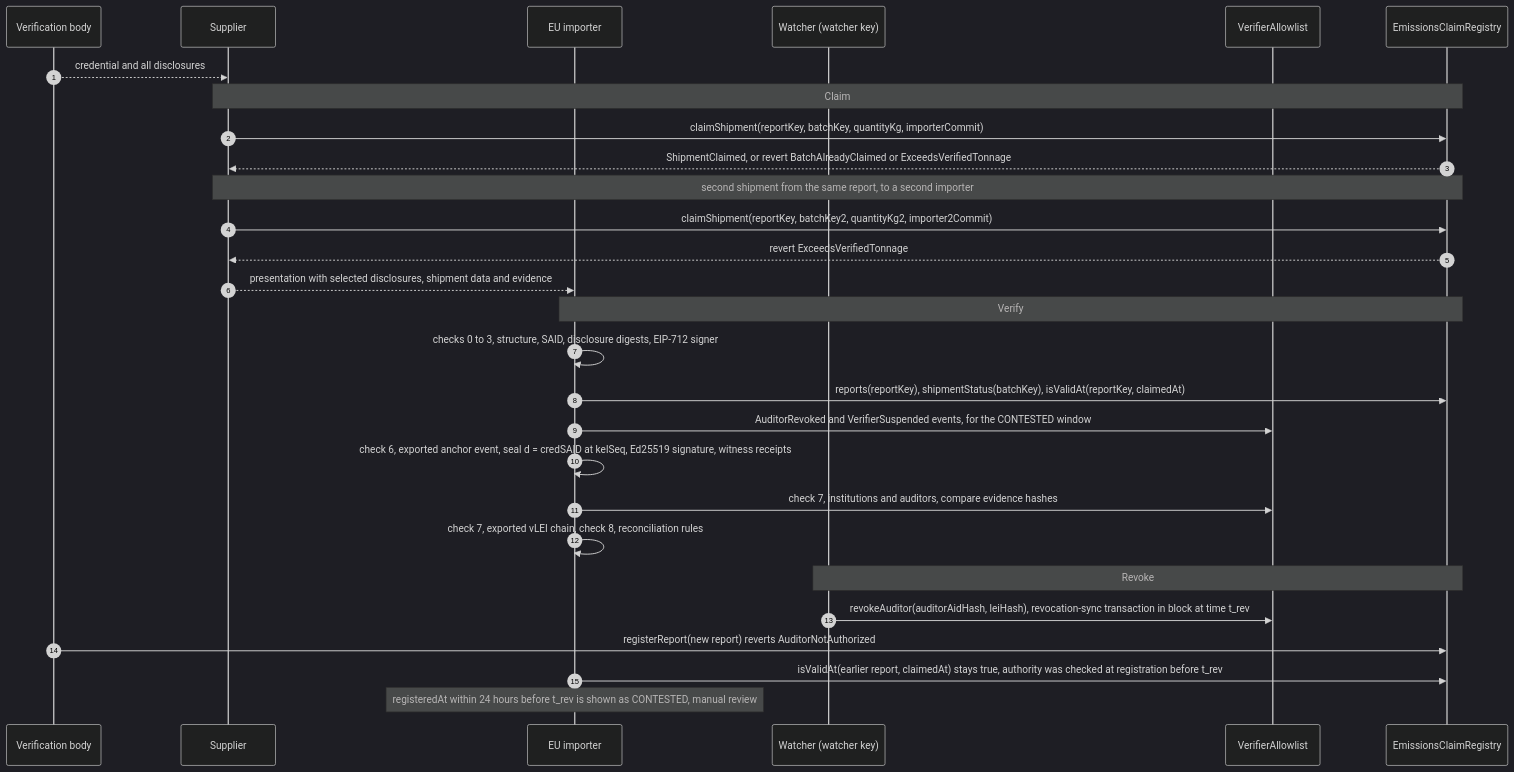
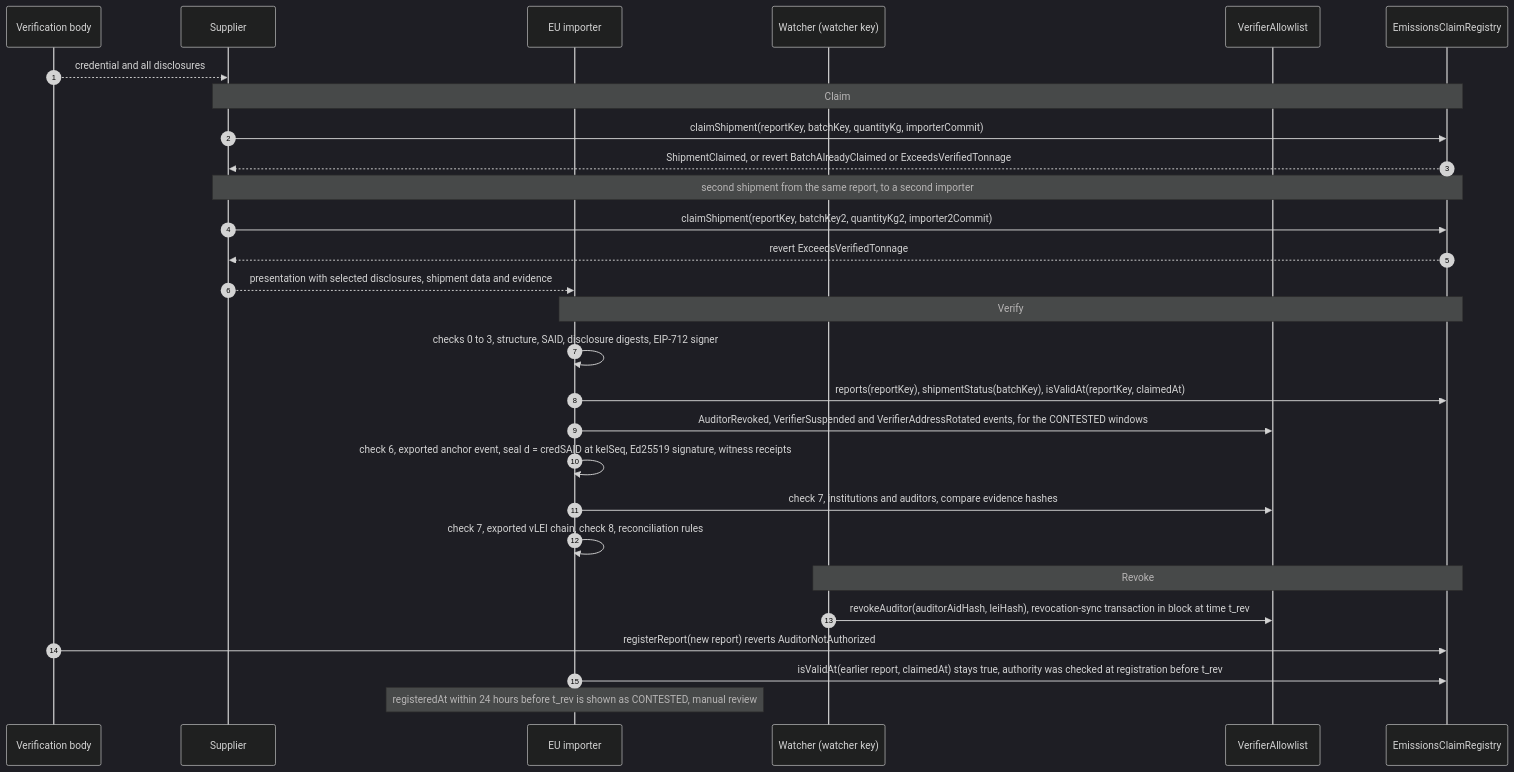
Before and after one commit to zuemen/carbon-lei: the third of 3 diagrams in docs/ARCHITECTURE.md, drawn with Mermaid (dark theme). The commit also changed other lines of this file and 14 other files, not shown here.

First line of the commit message:
verifier: CONTESTED rules for the contract red-team findings (no redeploy)

````diff
--- a/docs/ARCHITECTURE.md
+++ b/docs/ARCHITECTURE.md
@@ -144,33 +144,33 @@
 ```mermaid
 sequenceDiagram
   autonumber
   participant VB as Verification body
   participant SUP as Supplier
   participant IMP as EU importer
   participant WAT as Watcher (watcher key)
   participant AL as VerifierAllowlist
   participant REG as EmissionsClaimRegistry
 
   VB-->>SUP: credential and all disclosures
   Note over SUP,REG: Claim
   SUP->>REG: claimShipment(reportKey, batchKey, quantityKg, importerCommit)
   REG-->>SUP: ShipmentClaimed, or revert BatchAlreadyClaimed or ExceedsVerifiedTonnage
   Note over SUP,REG: second shipment from the same report, to a second importer
   SUP->>REG: claimShipment(reportKey, batchKey2, quantityKg2, importer2Commit)
   REG-->>SUP: revert ExceedsVerifiedTonnage
   SUP-->>IMP: presentation with selected disclosures, shipment data and evidence
 
   Note over IMP,REG: Verify
   IMP->>IMP: checks 0 to 3, structure, SAID, disclosure digests, EIP-712 signer
   IMP->>REG: reports(reportKey), shipmentStatus(batchKey), isValidAt(reportKey, claimedAt)
-  IMP->>AL: AuditorRevoked and VerifierSuspended events, for the CONTESTED window
+  IMP->>AL: AuditorRevoked, VerifierSuspended and VerifierAddressRotated events, for the CONTESTED windows
   IMP->>IMP: check 6, exported anchor event, seal d = credSAID at kelSeq, Ed25519 signature, witness receipts
   IMP->>AL: check 7, institutions and auditors, compare evidence hashes
   IMP->>IMP: check 7, exported vLEI chain, check 8, reconciliation rules
 
   Note over WAT,REG: Revoke
   WAT->>AL: revokeAuditor(auditorAidHash, leiHash), revocation-sync transaction in block at time t_rev
   VB->>REG: registerReport(new report) reverts AuditorNotAuthorized
   IMP->>REG: isValidAt(earlier report, claimedAt) stays true, authority was checked at registration before t_rev
   Note over IMP: registeredAt within 24 hours before t_rev is shown as CONTESTED, manual review
 ```
````
